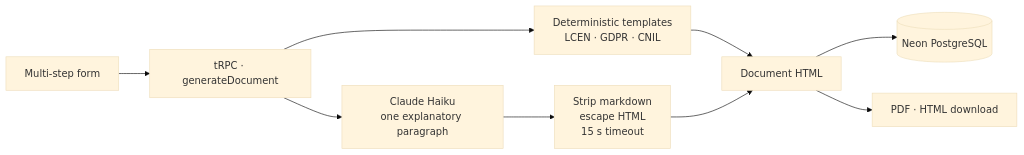
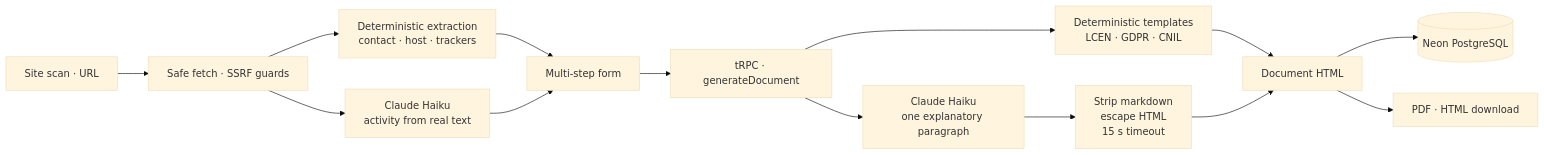
Before and after one commit to TeeBo8/conforme: the diagram in README.md, drawn with Mermaid (base theme). The commit also changed other lines of this file and 21 other files, not shown here.

````diff
--- a/README.md
+++ b/README.md
@@ -61,11 +74,16 @@
 ```mermaid
 flowchart LR
   F[Multi-step form] --> R[tRPC · generateDocument]
   R --> T[Deterministic templates<br/>LCEN · GDPR · CNIL]
+  U[Site scan · URL] --> SC[Safe fetch · SSRF guards]
+  SC --> A[Deterministic extraction<br/>contact · host · trackers]
+  SC --> LA[Claude Haiku<br/>activity from real text]
+  A --> F
+  LA --> F
   R --> L[Claude Haiku<br/>one explanatory paragraph]
   L --> S[Strip markdown<br/>escape HTML<br/>15 s timeout]
   T --> D[Document HTML]
   S --> D
   D --> DB[(Neon PostgreSQL)]
   D --> O[PDF · HTML download]
 ```
````
